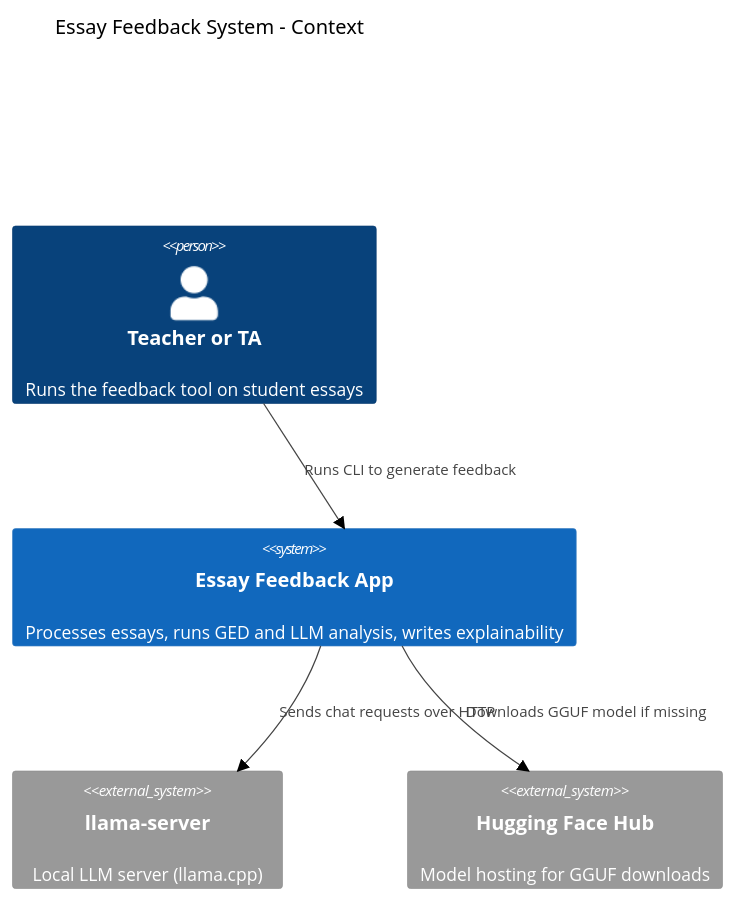
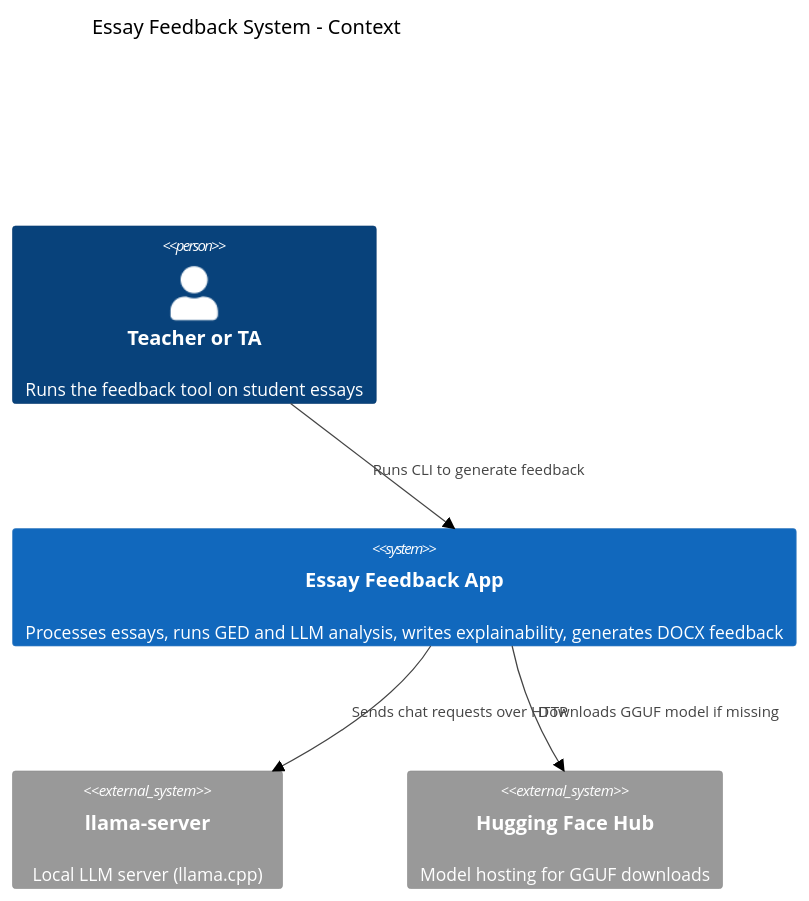
Before and after one commit to TekneGram/AgentFeedback: the diagram in architecture/01-context.md, drawn with Mermaid (forest theme). The commit also changed 6 other files, not shown here.

Commit message:
update: architecture and explainability logs

````diff
--- a/architecture/01-context.md
+++ b/architecture/01-context.md
@@ -3,15 +3,15 @@
 ```mermaid
 C4Context
     title Essay Feedback System - Context
 
     Person(user, "Teacher or TA", "Runs the feedback tool on student essays")
 
-    System(app, "Essay Feedback App", "Processes essays, runs GED and LLM analysis, writes explainability")
+    System(app, "Essay Feedback App", "Processes essays, runs GED and LLM analysis, writes explainability, generates DOCX feedback")
 
     System_Ext(llama, "llama-server", "Local LLM server (llama.cpp)")
     System_Ext(hf, "Hugging Face Hub", "Model hosting for GGUF downloads")
 
     Rel(user, app, "Runs CLI to generate feedback")
     Rel(app, llama, "Sends chat requests over HTTP")
     Rel(app, hf, "Downloads GGUF model if missing")
 ```
````
